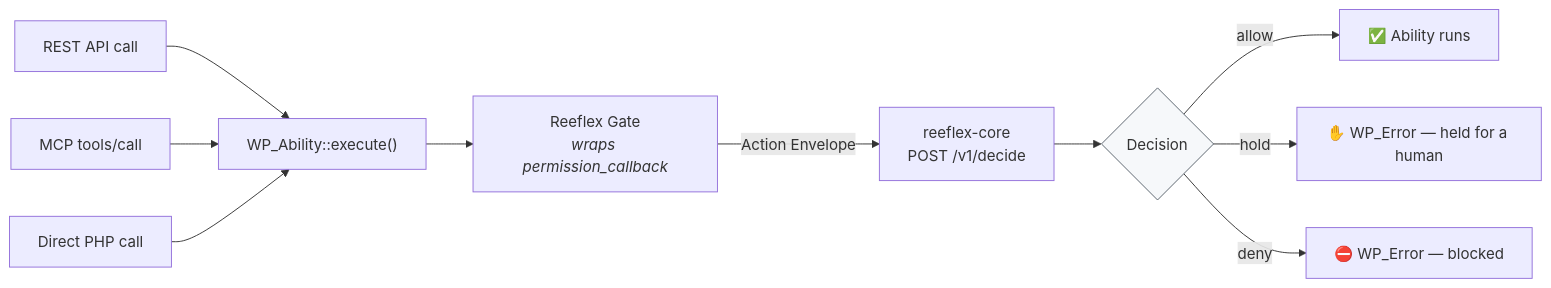
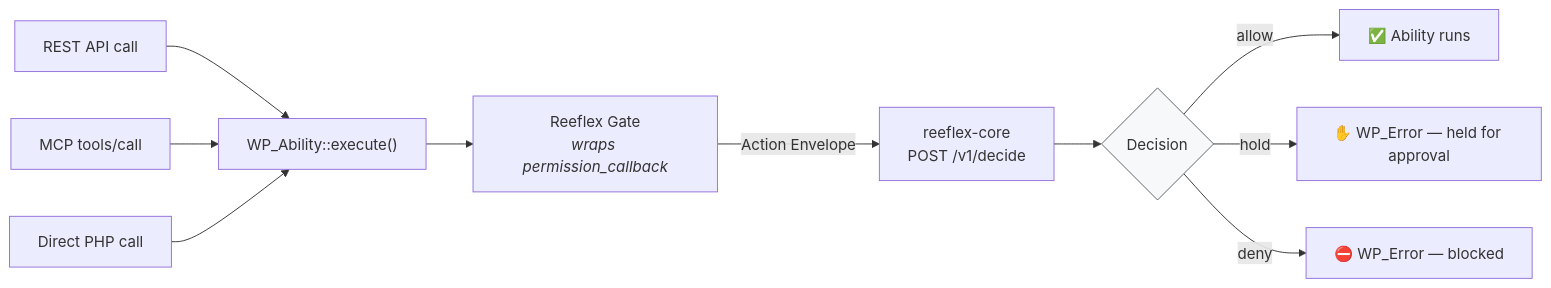
One commit to Reeflex-io/reeflex changed the diagram in reeflex-wordpress/README.md. Above: the diagram before and after it, drawn with Mermaid. The commit also changed 4 other files, not shown here.

````diff
--- a/reeflex-wordpress/README.md
+++ b/reeflex-wordpress/README.md
@@ -81,13 +81,13 @@
 ```mermaid
 flowchart LR
     R["REST API call"] --> X
     M["MCP tools/call"] --> X
     P["Direct PHP call"] --> X
     X["WP_Ability::execute()"] --> G["Reeflex Gate<br/><i>wraps permission_callback</i>"]
     G -- "Action Envelope" --> C["reeflex-core<br/>POST /v1/decide"]
     C --> D{Decision}
     D -- allow --> E["✅ Ability runs"]
-    D -- hold --> H["✋ WP_Error — held for a human"]
+    D -- hold --> H["✋ WP_Error — held for approval"]
     D -- deny --> B["⛔ WP_Error — blocked"]
     style D fill:#f6f8fa,stroke:#57606a
 ```
````
